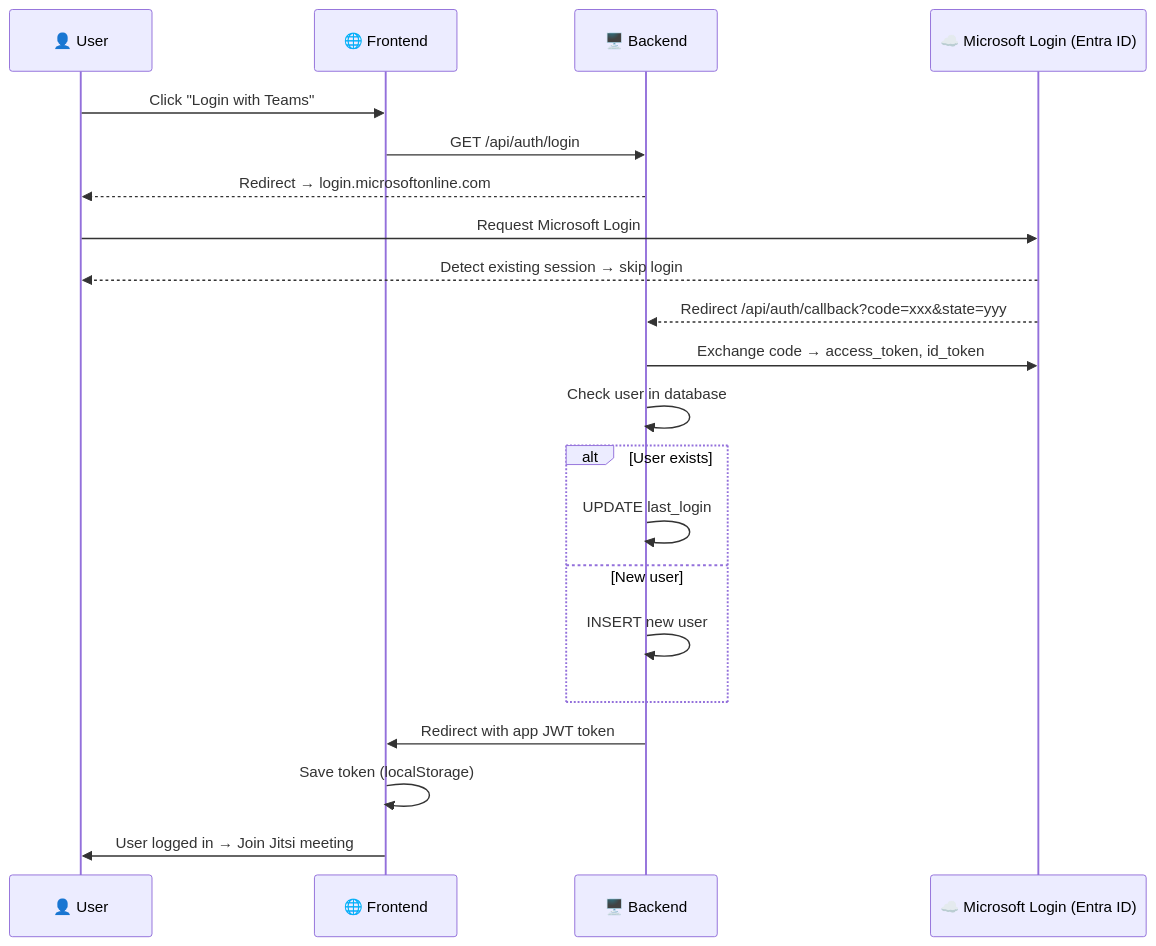
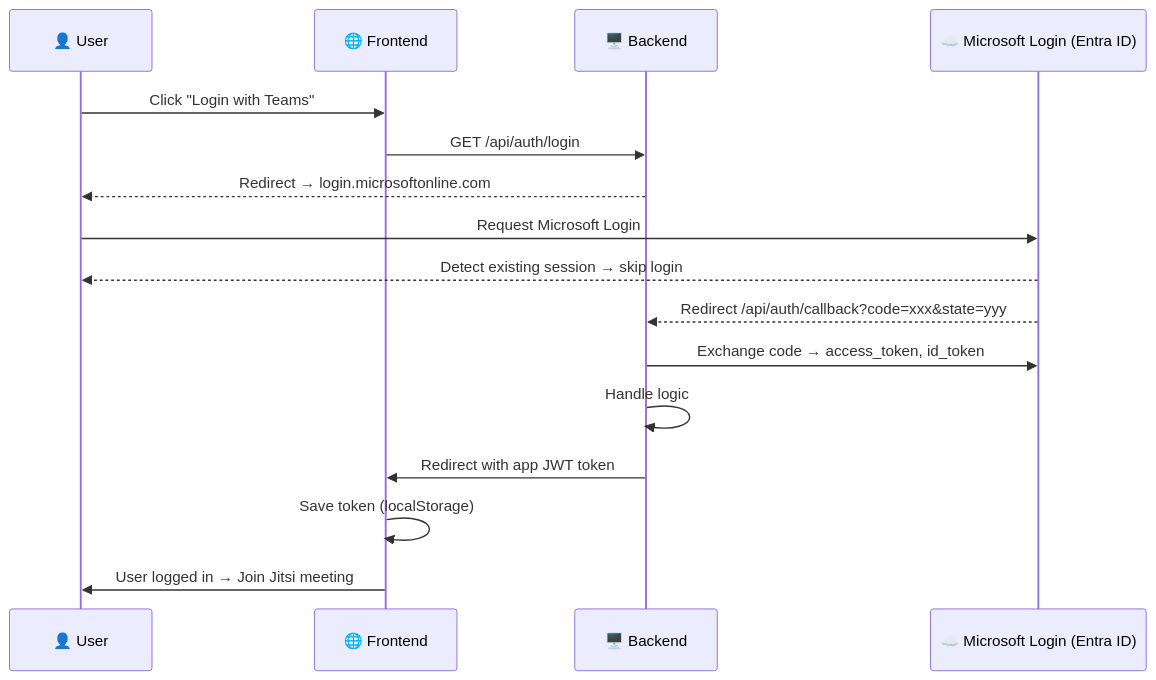
Before and after one commit to pnam16/foam: the second of 3 diagrams in projects/GEM/video-conference/flow.md, drawn with Mermaid.

Commit message:
Oct 24, 2025, 1:56 PM

````diff
--- a/projects/GEM/video-conference/flow.md
+++ b/projects/GEM/video-conference/flow.md
@@ -56,25 +56,19 @@
 ```mermaid
 sequenceDiagram
     participant U as 👤 User
     participant F as 🌐 Frontend
     participant B as 🖥️ Backend
     participant M as ☁️ Microsoft Login (Entra ID)
 
     U->>F: Click "Login with Teams"
     F->>B: GET /api/auth/login
     B-->>U: Redirect → login.microsoftonline.com
     U->>M: Request Microsoft Login
     M-->>U: Detect existing session → skip login
     M-->>B: Redirect /api/auth/callback?code=xxx&state=yyy
     B->>M: Exchange code → access_token, id_token
-    B->>B: Check user in database
-    alt User exists
-        B->>B: UPDATE last_login
-    else New user
-        B->>B: INSERT new user
-    end
+    B->>B: Handle logic
     B->>F: Redirect with app JWT token
     F->>F: Save token (localStorage)
     F->>U: User logged in → Join Jitsi meeting
-
 ```
````
